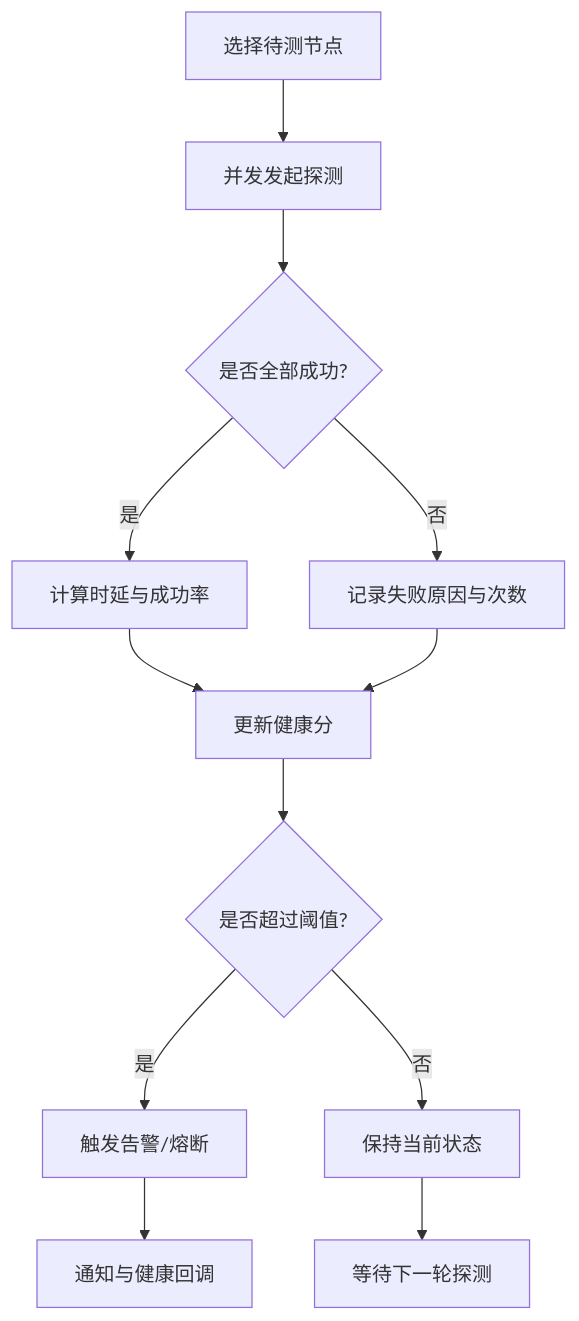
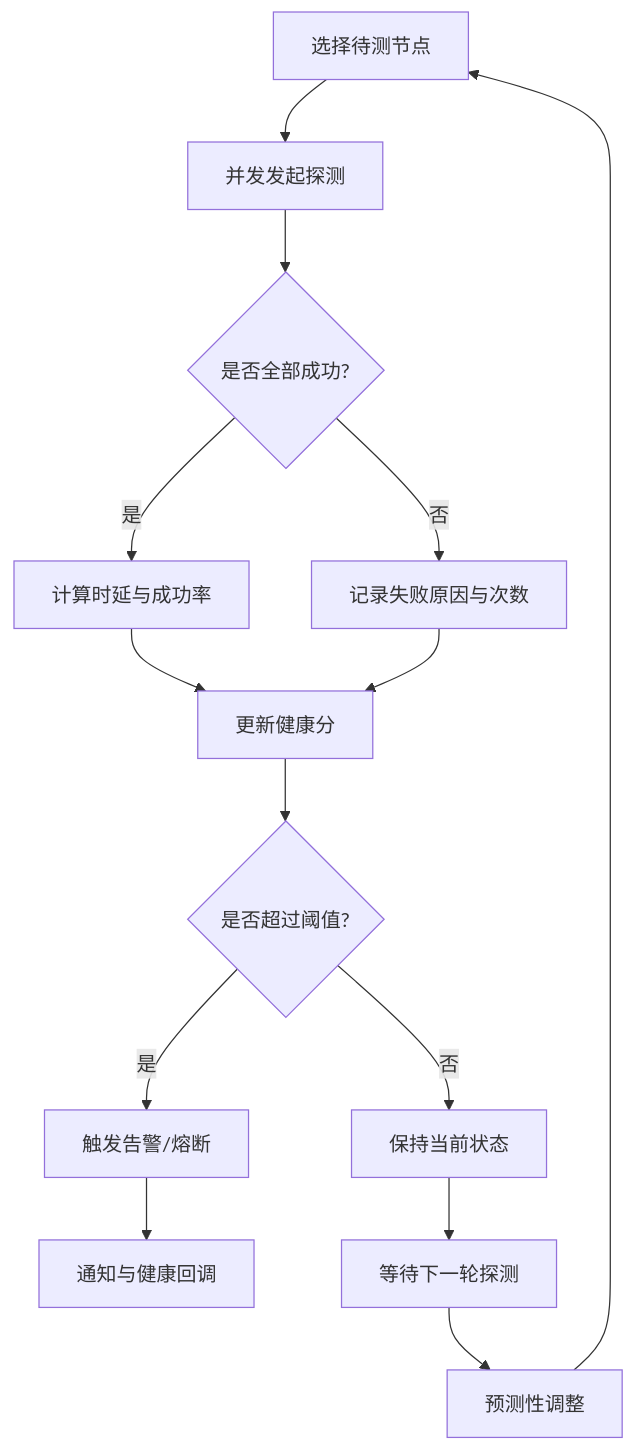
The fifth of 10 diagrams in .qoder/repowiki/zh/content/脚本库/镜像脚本/东京节点提供商.md (3kaiu/config), drawn with Mermaid before and after one commit. The commit also changed other lines of this file and 112 other files, not shown here.

````diff
--- a/.qoder/repowiki/zh/content/脚本库/镜像脚本/东京节点提供商.md
+++ b/.qoder/repowiki/zh/content/脚本库/镜像脚本/东京节点提供商.md
@@ -174,14 +235,16 @@
 ```mermaid
 flowchart TD
 A["选择待测节点"] --> B["并发发起探测"]
 B --> C{"是否全部成功?"}
 C --> |是| D["计算时延与成功率"]
 C --> |否| E["记录失败原因与次数"]
 D --> F["更新健康分"]
 E --> F
 F --> G{"是否超过阈值?"}
 G --> |是| H["触发告警/熔断"]
 G --> |否| I["保持当前状态"]
 H --> J["通知与健康回调"]
 I --> K["等待下一轮探测"]
+K --> L["预测性调整"]
+L --> A
 ```
````
